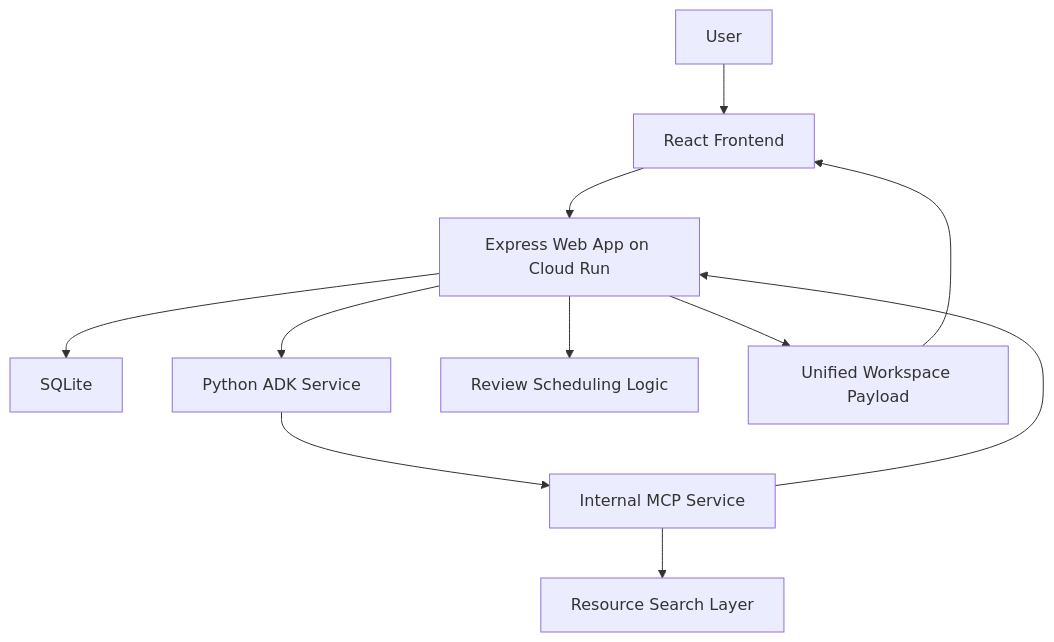
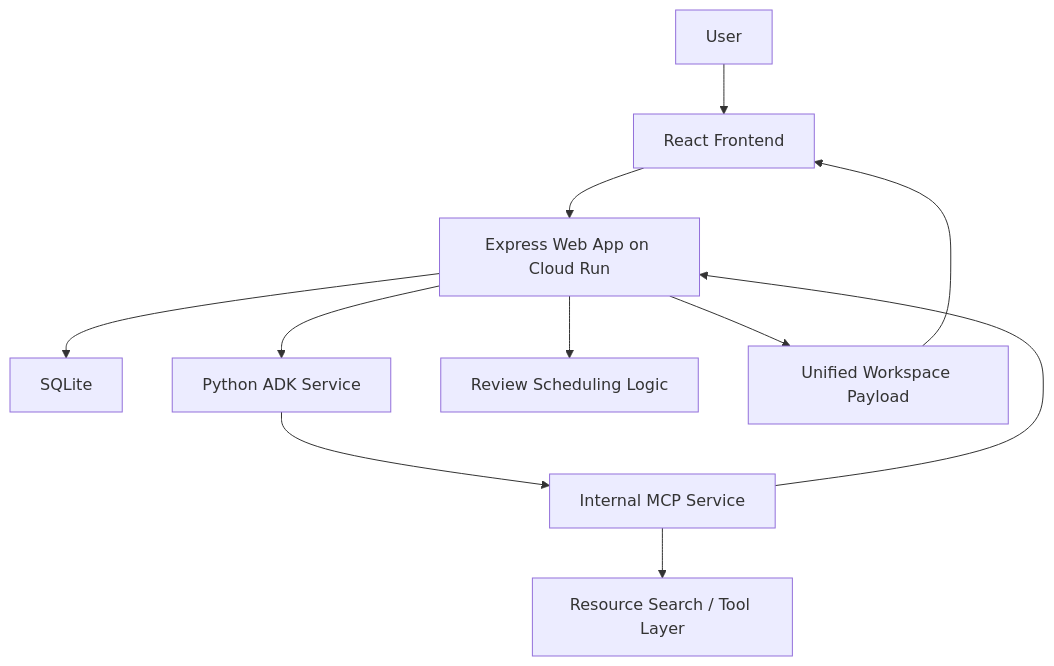
Before and after one commit to fadlyzaki/learning-progress-architect: the third of 3 diagrams in docs/gen-ai-academy-prototype-deck-content.md, drawn with Mermaid. The commit also changed other lines of this file and 1 other file, not shown here.

Commit message:
Harden ADK fallback content and refresh deck copy

````diff
--- a/docs/gen-ai-academy-prototype-deck-content.md
+++ b/docs/gen-ai-academy-prototype-deck-content.md
@@ -159,13 +226,13 @@
 ```mermaid
 flowchart TB
-    U["User"] --> F["React Frontend"]
-    F --> W["Express Web App on Cloud Run"]
-    W --> DB["SQLite"]
-    W --> ADK["Python ADK Service"]
+    U["User"] --> FE["React Frontend"]
+    FE --> WEB["Express Web App on Cloud Run"]
+    WEB --> SQLITE["SQLite"]
+    WEB --> ADK["Python ADK Service"]
     ADK --> MCP["Internal MCP Service"]
-    MCP --> W
-    MCP --> GS["Resource Search Layer"]
-    W --> REV["Review Scheduling Logic"]
-    W --> SNAP["Unified Workspace Payload"]
-    SNAP --> F
+    MCP --> WEB
+    MCP --> SEARCH["Resource Search / Tool Layer"]
+    WEB --> REVIEW["Review Scheduling Logic"]
+    WEB --> PAYLOAD["Unified Workspace Payload"]
+    PAYLOAD --> FE
 ```
````
